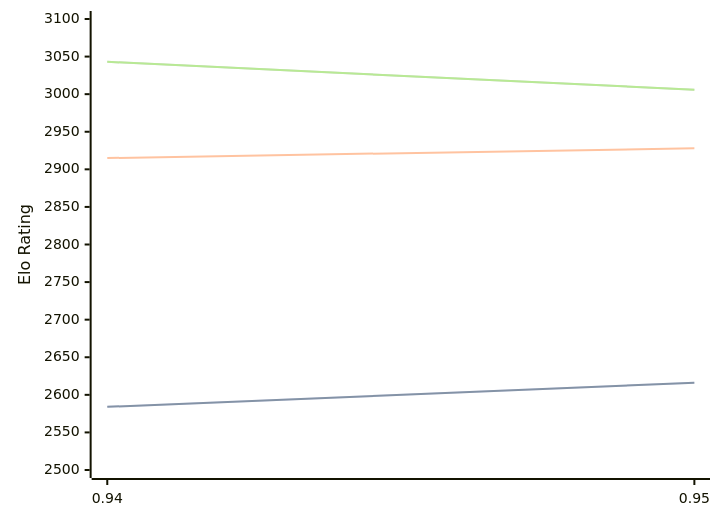
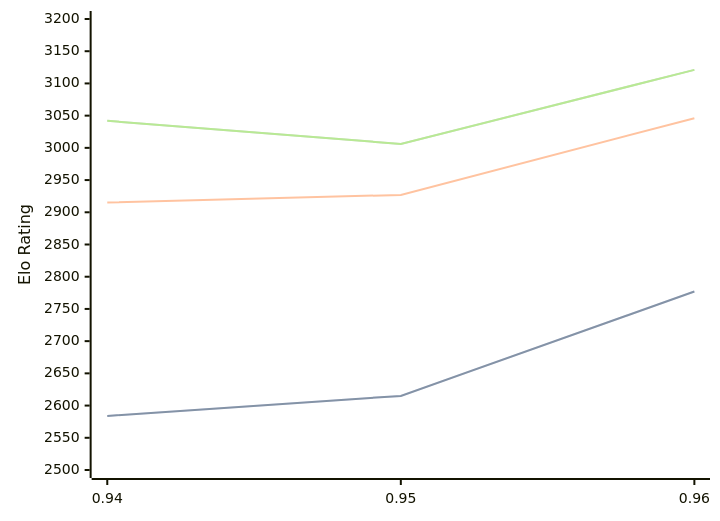
One commit to computer-chess-index/cci changed the diagram in engines/Myrddin.md. Above: the diagram before and after it, drawn with Mermaid. The commit also changed other lines of this file, not shown here.

Commit message:
Update CCI Ratings (ELO VLTC) - 2026-06-10

````diff
--- a/engines/Myrddin.md
+++ b/engines/Myrddin.md
@@ -38,11 +38,11 @@
 ```mermaid
 %%{init: {"theme":"base","themeVariables":{"seriesColors:['#a3a3a3','#222221','#faa371']}}}%%
 xychart-beta
-  x-axis ["0.94", "0.95"]
-  y-axis "Elo Rating" 2500 --> 3100
-  line "STC (8.0+0.08s)" [2584, 2616]
-  line "STC (8.0+0.08s)" [2584, 2616]
-  line "LTC (60.0+0.60s)" [2915, 2928]
-  line "VLTC (2m24s+1.12s)" [3043, 3006]
-  line "VLTC (2m24s+1.12s)" [3043, 3006]
+  x-axis ["0.94", "0.95", "0.96"]
+  y-axis "Elo Rating" 2500 --> 3200
+  line "STC (8.0+0.08s)" [2584, 2615, 2777]
+  line "STC (8.0+0.08s)" [2584, 2615, 2777]
+  line "LTC (60.0+0.60s)" [2915, 2927, 3046]
+  line "VLTC (2m24s+1.12s)" [3042, 3006, 3121]
+  line "VLTC (2m24s+1.12s)" [3042, 3006, 3121]
 ```
````
